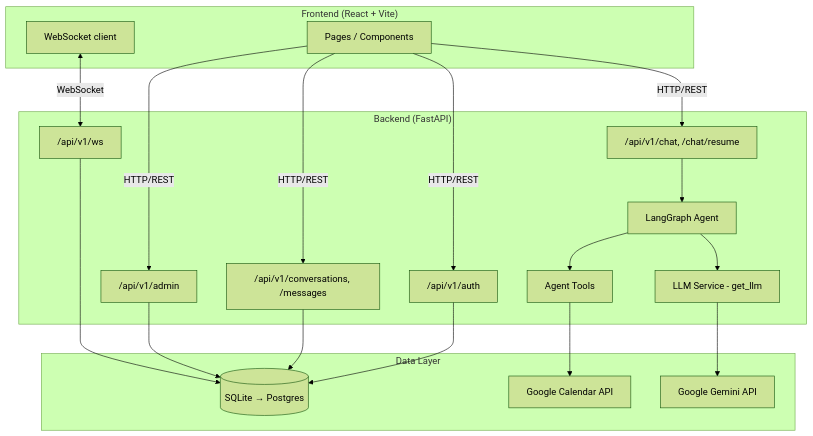
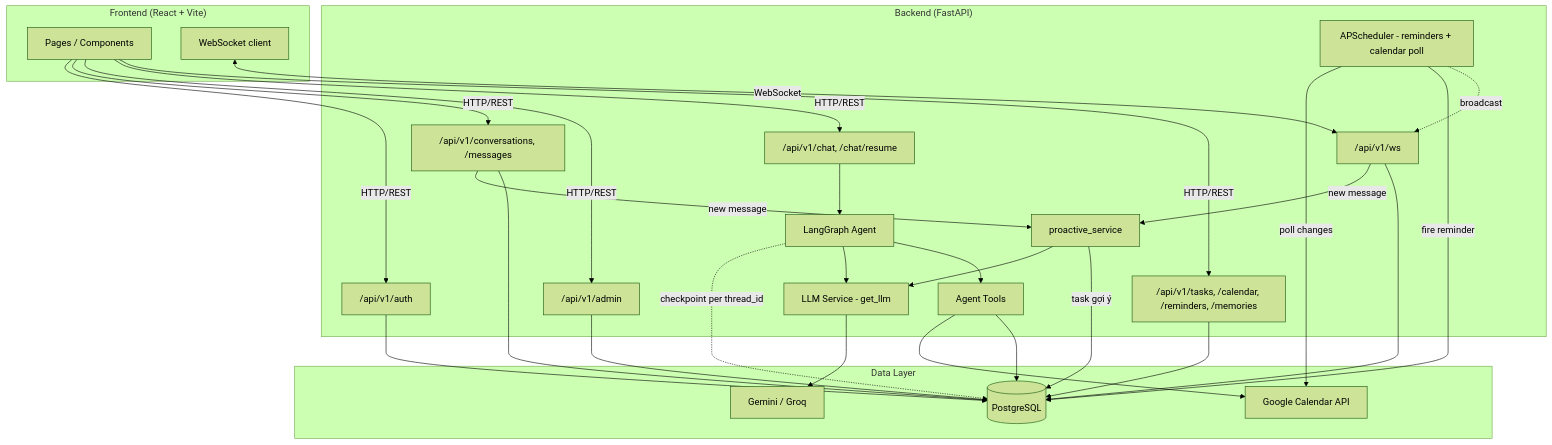
Before and after one commit to TueLT/Build-to-deploy: the first of 3 diagrams in ARCHITECTURE.md, drawn with Mermaid (forest theme). The commit also changed other lines of this file and 78 other files, not shown here.

````diff
--- a/ARCHITECTURE.md
+++ b/ARCHITECTURE.md
@@ -13,39 +15,53 @@
 ```mermaid
 graph TB
     subgraph Frontend["Frontend (React + Vite)"]
         UI[Pages / Components]
         WSClient[WebSocket client]
     end
 
     subgraph Backend["Backend (FastAPI)"]
         AuthAPI["/api/v1/auth"]
         ChatAPI["/api/v1/conversations, /messages"]
         AdminAPI["/api/v1/admin"]
         AgentAPI["/api/v1/chat, /chat/resume"]
+        DataAPI["/api/v1/tasks, /calendar, /reminders, /memories"]
         WS["/api/v1/ws"]
         Agent[LangGraph Agent]
         LLM[LLM Service - get_llm]
         Tools[Agent Tools]
+        Scheduler["APScheduler - reminders + calendar poll"]
+        Proactive[proactive_service]
     end
 
     subgraph Data["Data Layer"]
-        DB[(SQLite → Postgres)]
+        DB[(PostgreSQL)]
         Google[Google Calendar API]
-        GeminiAPI[Google Gemini API]
+        LLMProvider[Gemini / Groq]
     end
 
     UI -->|HTTP/REST| AuthAPI
     UI -->|HTTP/REST| ChatAPI
     UI -->|HTTP/REST| AdminAPI
     UI -->|HTTP/REST| AgentAPI
+    UI -->|HTTP/REST| DataAPI
     WSClient <-->|WebSocket| WS
     AgentAPI --> Agent
+    Agent -.->|checkpoint per thread_id| DB
     Agent --> LLM
     Agent --> Tools
-    LLM --> GeminiAPI
+    LLM --> LLMProvider
     Tools --> Google
+    Tools --> DB
+    ChatAPI -->|new message| Proactive
+    WS -->|new message| Proactive
+    Proactive --> LLM
+    Proactive -->|task gợi ý| DB
+    Scheduler -->|poll changes| Google
+    Scheduler -->|fire reminder| DB
+    Scheduler -.->|broadcast| WS
     AuthAPI --> DB
     ChatAPI --> DB
     AdminAPI --> DB
+    DataAPI --> DB
     WS --> DB
 ```
````
